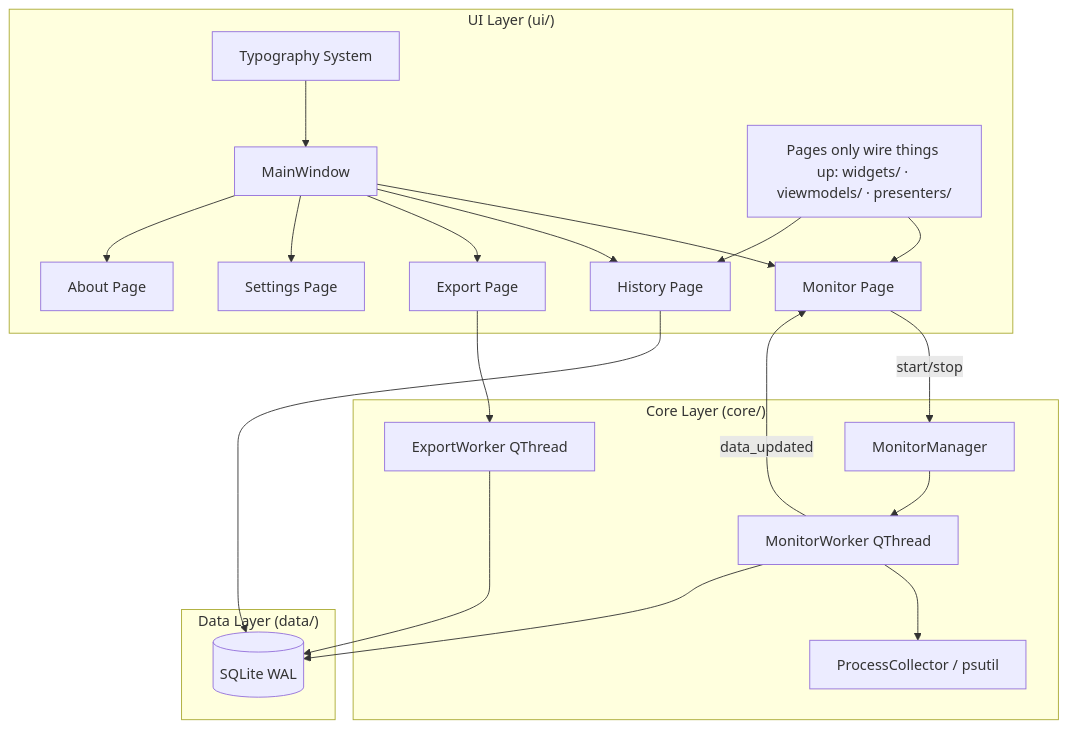
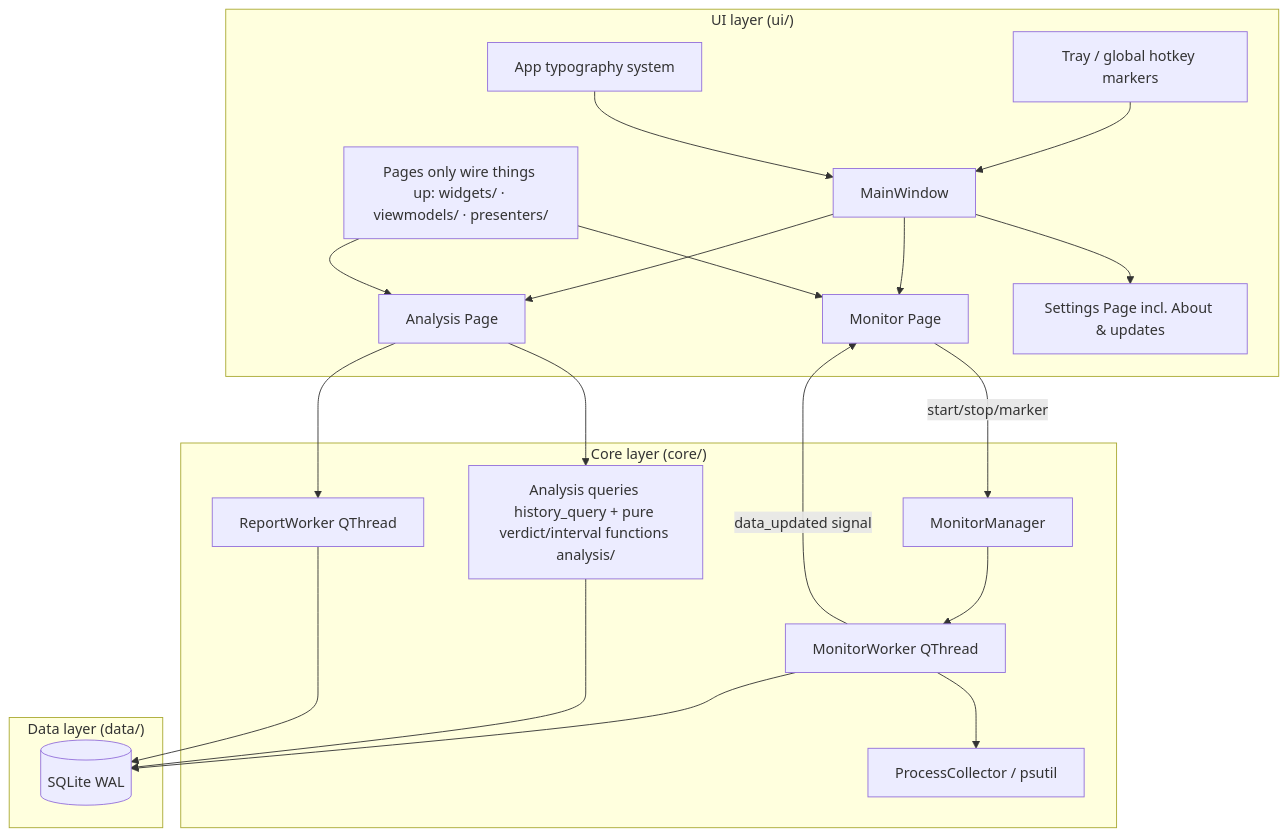
One commit to liujialu0330/ProcessMonitor changed the diagram in README.md. Above: the diagram before and after it, drawn with Mermaid. The commit also changed other lines of this file and 101 other files, not shown here.

````diff
--- a/README.md
+++ b/README.md
@@ -107,26 +114,26 @@
 ```mermaid
 flowchart TD
-    subgraph UI["UI Layer (ui/)"]
+    subgraph UI["UI layer (ui/)"]
         MW[MainWindow] --> MP[Monitor Page]
-        MW --> HP[History Page]
-        MW --> EP[Export Page]
-        MW --> SP[Settings Page]
-        MW --> AP[About Page]
-        TS[Typography System] --> MW
+        MW --> AN[Analysis Page]
+        MW --> SP[Settings Page incl. About & updates]
+        TR[Tray / global hotkey markers] --> MW
+        TS[App typography system] --> MW
         UW[Pages only wire things up: widgets/ · viewmodels/ · presenters/] --> MP
-        UW --> HP
+        UW --> AN
     end
-    subgraph Core["Core Layer (core/)"]
+    subgraph Core["Core layer (core/)"]
         MM[MonitorManager] --> MT[MonitorWorker QThread]
         MT --> PC[ProcessCollector / psutil]
-        EW[ExportWorker QThread]
+        HQ[Analysis queries history_query + pure verdict/interval functions analysis/]
+        RW[ReportWorker QThread]
     end
-    subgraph Data["Data Layer (data/)"]
+    subgraph Data["Data layer (data/)"]
         DB[(SQLite WAL)]
     end
-    MP -->|start/stop| MM
-    MT -->|data_updated| MP
+    MP -->|start/stop/marker| MM
+    MT -->|data_updated signal| MP
     MT --> DB
-    HP --> DB
-    EP --> EW --> DB
+    AN --> HQ --> DB
+    AN --> RW --> DB
 ```
````
